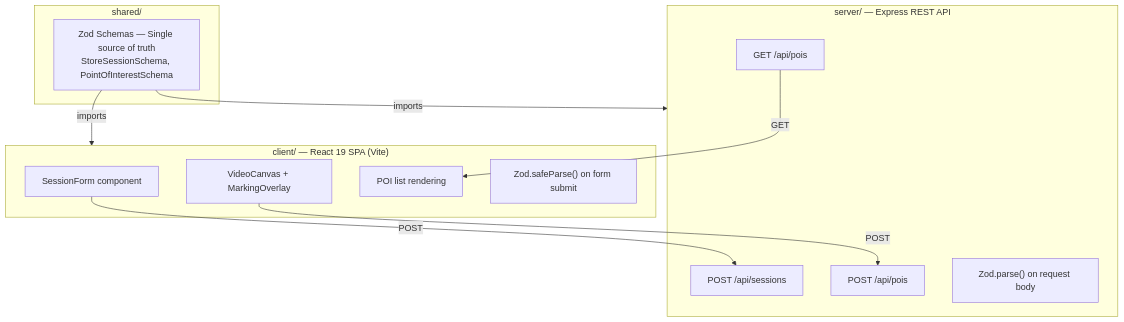
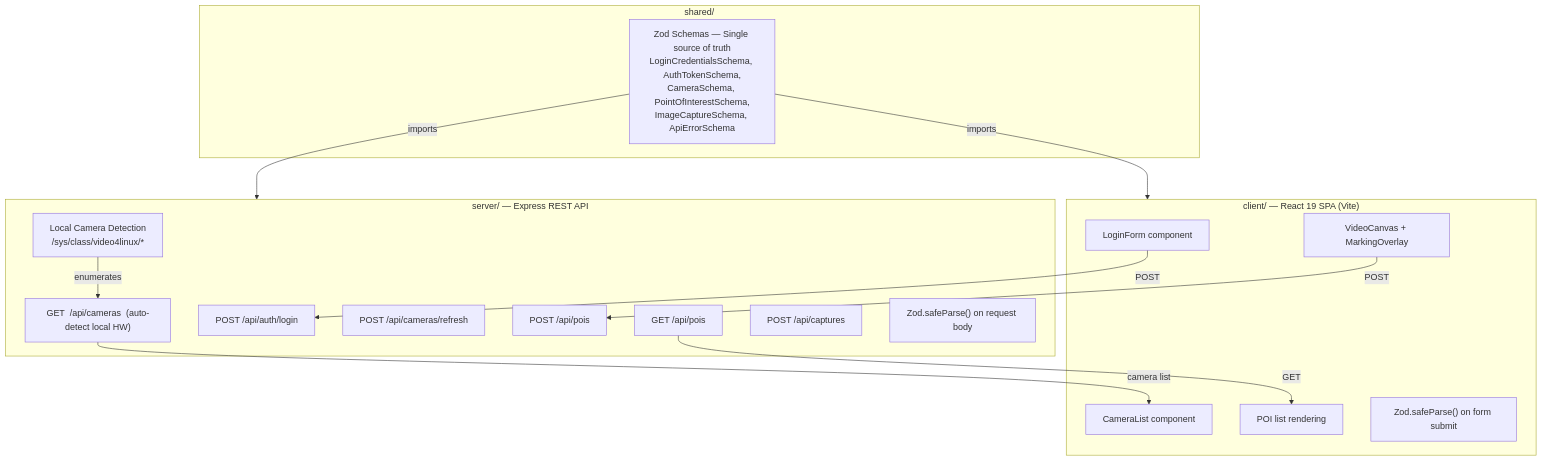
One commit to HME-ARCHITECTS/first_ai_project changed the first of 4 diagrams in specs/01-camera-placement-marker.md. Above: the diagram before and after it, drawn with Mermaid. The commit also changed other lines of this file and 30 other files, not shown here.

````diff
--- a/specs/01-camera-placement-marker.md
+++ b/specs/01-camera-placement-marker.md
@@ -38,26 +39,33 @@
 ```mermaid
 flowchart TB
     subgraph shared["shared/"]
-        ZOD["Zod Schemas — Single source of truth\nStoreSessionSchema, PointOfInterestSchema"]
+        ZOD["Zod Schemas — Single source of truth\nLoginCredentialsSchema, AuthTokenSchema,\nCameraSchema, PointOfInterestSchema,\nImageCaptureSchema, ApiErrorSchema"]
     end
 
     subgraph server["server/ — Express REST API"]
-        S1["POST /api/sessions"]
+        S0["POST /api/auth/login"]
+        S1["GET  /api/cameras  (auto-detect local HW)"]
+        S1R["POST /api/cameras/refresh"]
         S2["POST /api/pois"]
         S3["GET  /api/pois"]
-        SV["Zod.parse() on request body"]
+        S4["POST /api/captures"]
+        SV["Zod.safeParse() on request body"]
+        HW["Local Camera Detection\n/sys/class/video4linux/*"]
     end
 
     subgraph client["client/ — React 19 SPA (Vite)"]
-        C1["SessionForm component"]
+        C0["LoginForm component"]
+        C1["CameraList component"]
         C2["VideoCanvas + MarkingOverlay"]
         C3["POI list rendering"]
         CV["Zod.safeParse() on form submit"]
     end
 
     ZOD -- imports --> server
     ZOD -- imports --> client
-    C1 -- POST --> S1
+    C0 -- POST --> S0
+    S1 -- camera list --> C1
     C2 -- POST --> S2
     S3 -- GET --> C3
+    HW -- enumerates --> S1
 ```
````
